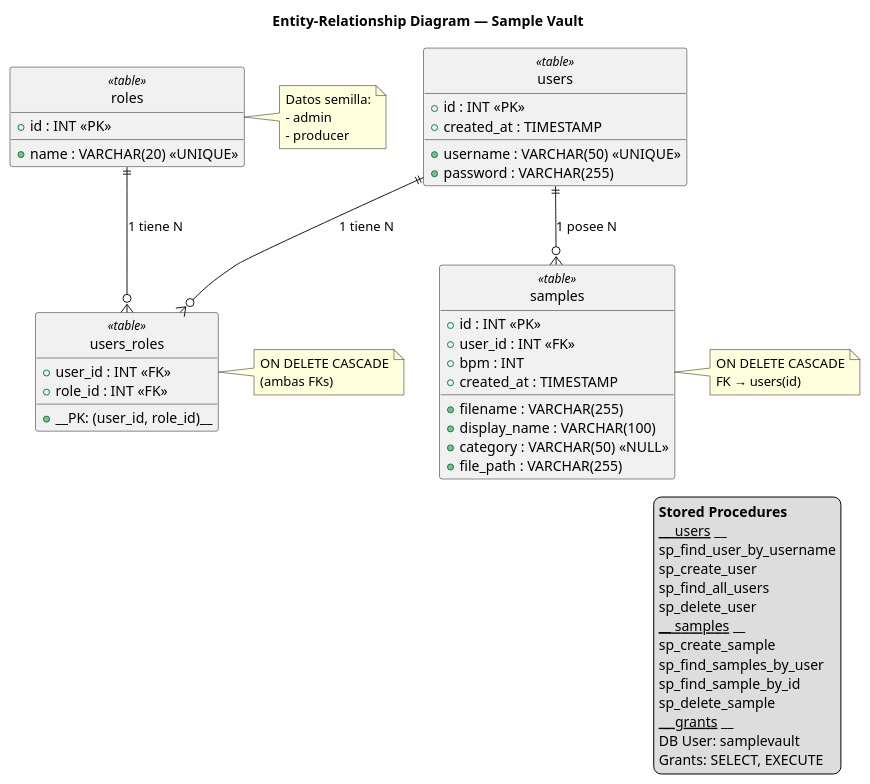
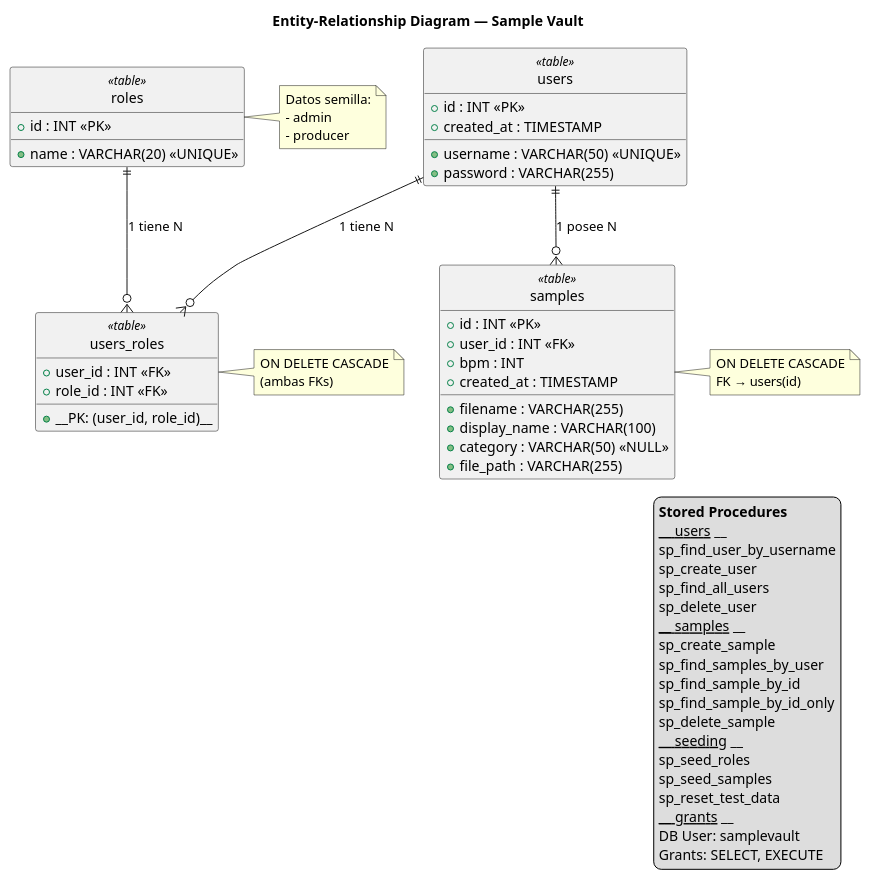
Before and after one commit to estebanmatias92/tecnicatura-practicas-profesionalizantes-ii: the diagram in 30-assignments/2026-06-02-practico-01/code/docs/diagrams/_assets/erd.puml, drawn with PlantUML. The commit also changed 10 other files, not shown here.

Commit message:
Updated diagrams

```diff
--- a/30-assignments/2026-06-02-practico-01/code/docs/diagrams/_assets/erd.puml
+++ b/30-assignments/2026-06-02-practico-01/code/docs/diagrams/_assets/erd.puml
@@ -1,74 +1,79 @@
-@startuml ERD
+@startuml erd
 title Entity-Relationship Diagram — Sample Vault
 
 skinparam shadowing false
 hide circle
 hide empty members
 
 class roles <<table>> {
   + id : INT <<PK>>
   + name : VARCHAR(20) <<UNIQUE>>
 }
 
 class users <<table>> {
   + id : INT <<PK>>
   + username : VARCHAR(50) <<UNIQUE>>
   + password : VARCHAR(255)
   + created_at : TIMESTAMP
 }
 
 class users_roles <<table>> {
   + user_id : INT <<FK>>
   + role_id : INT <<FK>>
   + __PK: (user_id, role_id)__
 }
 
 class samples <<table>> {
   + id : INT <<PK>>
   + user_id : INT <<FK>>
   + filename : VARCHAR(255)
   + display_name : VARCHAR(100)
   + category : VARCHAR(50) <<NULL>>
   + bpm : INT
   + file_path : VARCHAR(255)
   + created_at : TIMESTAMP
 }
 
 ' Relaciones
 roles ||--o{ users_roles : "1 tiene N"
 users ||--o{ users_roles : "1 tiene N"
 users ||--o{ samples : "1 posee N"
 
 note right of users_roles
   ON DELETE CASCADE
   (ambas FKs)
 end note
 
 note right of samples
   ON DELETE CASCADE
   FK → users(id)
 end note
 
 note right of roles
   Datos semilla:
   - admin
   - producer
 end note
 
 legend right
   **Stored Procedures**
   ____ users ____
   sp_find_user_by_username
   sp_create_user
   sp_find_all_users
   sp_delete_user
   ____ samples ____
   sp_create_sample
   sp_find_samples_by_user
   sp_find_sample_by_id
+  sp_find_sample_by_id_only
   sp_delete_sample
+  ____ seeding ____
+  sp_seed_roles
+  sp_seed_samples
+  sp_reset_test_data
   ____ grants ____
   DB User: samplevault
   Grants: SELECT, EXECUTE
 end legend
 @enduml
```
